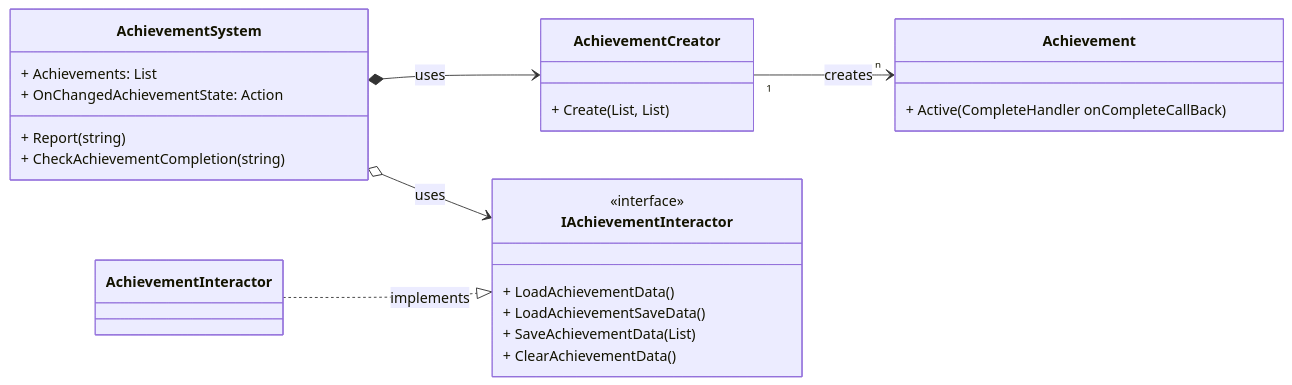
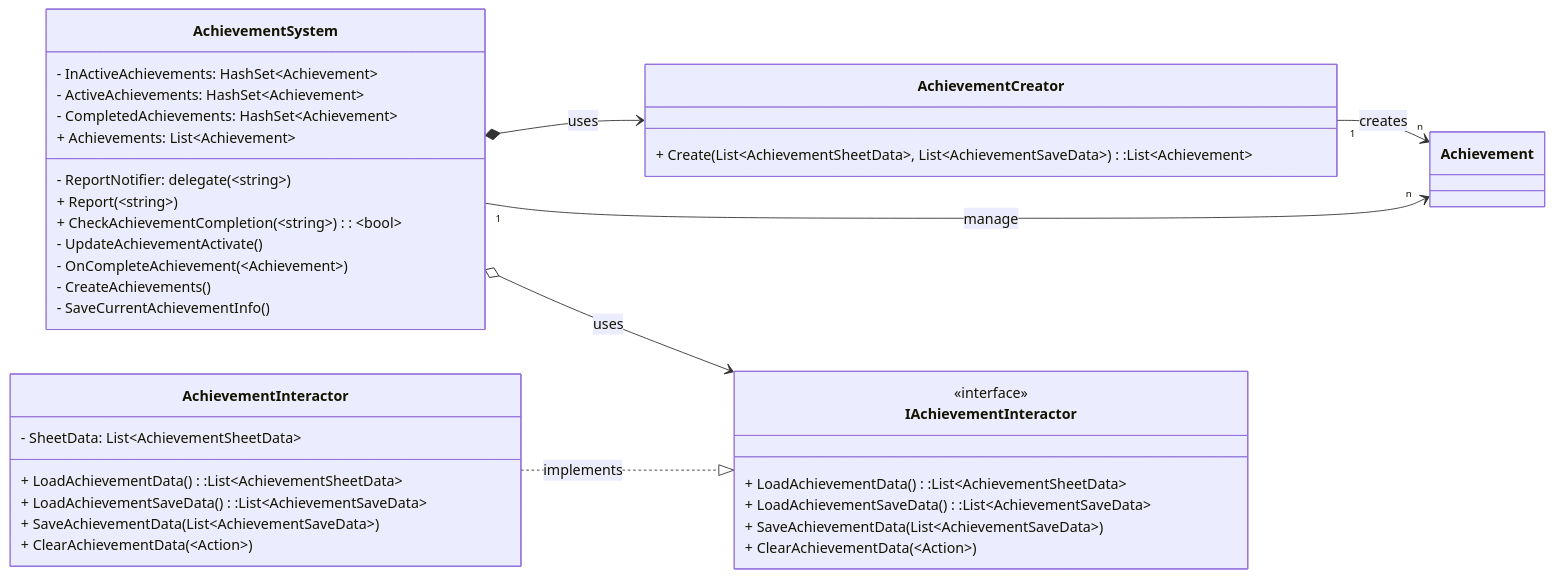
One commit to CosmicGiantKoala/CosmicGiantKoala.github.io changed the second of 6 diagrams in content/docs/Projects/SlimeRush/AchievementSystem/Overview.md. Above: the diagram before and after it, drawn with Mermaid. The commit also changed other lines of this file and 21 other files, not shown here.

First line of the commit message:
feat: SlimeRush 에셋 추가 및 AchievementSystem 문서 개선

````diff
--- a/content/docs/Projects/SlimeRush/AchievementSystem/Overview.md
+++ b/content/docs/Projects/SlimeRush/AchievementSystem/Overview.md
@@ -200,35 +120,43 @@
 ```mermaid
 classDiagram
     direction LR
     class AchievementSystem {
-        + Achievements: List<Achievement>
-        + Report(string)
-        + CheckAchievementCompletion(string)
-        + OnChangedAchievementState: Action
+        - InActiveAchievements: HashSet~Achievement~
+        - ActiveAchievements: HashSet~Achievement~
+        - CompletedAchievements: HashSet~Achievement~
+        + Achievements: List~Achievement~
+        - ReportNotifier: delegate(~string~)
+        + Report(~string~)
+        + CheckAchievementCompletion(~string~): ~bool~
+        - UpdateAchievementActivate()
+        - OnCompleteAchievement(~Achievement~)
+        - CreateAchievements()
+        - SaveCurrentAchievementInfo()
     }
 
     class AchievementCreator {
-        + Create(List<AchievementSheetData>, List<AchievementSaveData>)
+        + Create(List~AchievementSheetData~, List~AchievementSaveData~):List~Achievement~
     }
 
     class IAchievementInteractor {
         <<interface>>
-        + LoadAchievementData()
-        + LoadAchievementSaveData()
-        + SaveAchievementData(List<AchievementSaveData>)
-        + ClearAchievementData()
+        + LoadAchievementData():List~AchievementSheetData~
+        + LoadAchievementSaveData():List~AchievementSaveData~
+        + SaveAchievementData(List~AchievementSaveData~)
+        + ClearAchievementData(~Action~)
     }
     
     class AchievementInteractor {
-        
+        - SheetData: List~AchievementSheetData~
+        + LoadAchievementData():List~AchievementSheetData~
+        + LoadAchievementSaveData():List~AchievementSaveData~
+        + SaveAchievementData(List~AchievementSaveData~)
+        + ClearAchievementData(~Action~)
     }
     
-    class Achievement {
-        + Active(CompleteHandler onCompleteCallBack)
-    }
-
     AchievementSystem *--> AchievementCreator: uses
+    AchievementSystem "1" --> "n" Achievement : manage
     AchievementSystem o--> IAchievementInteractor: uses
     AchievementCreator "1" --> "n" Achievement : creates
     AchievementInteractor ..|> IAchievementInteractor :implements 
 ```
````
